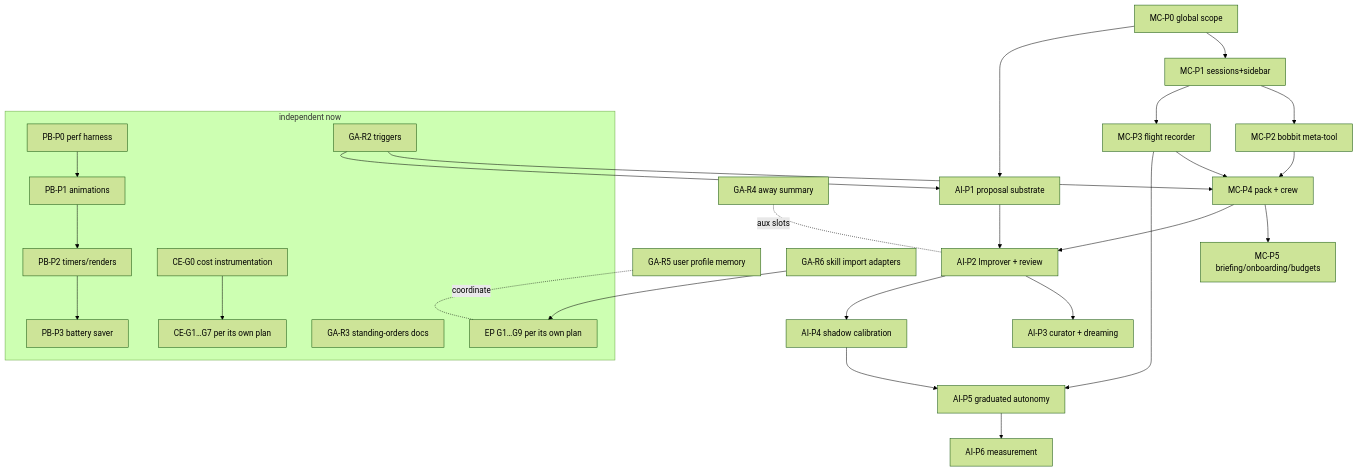
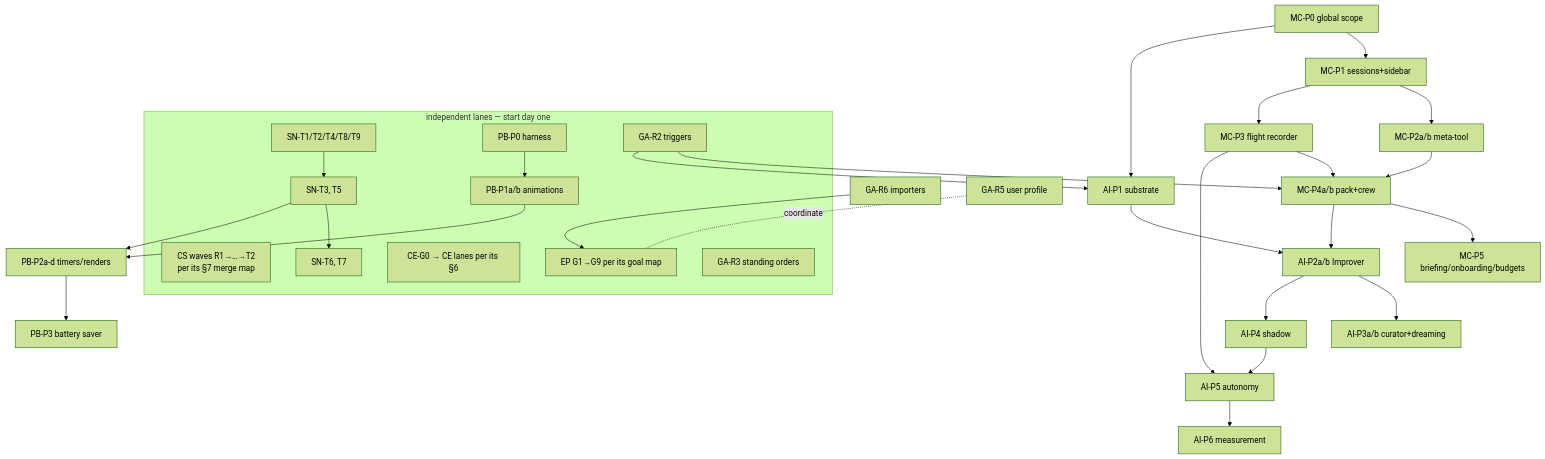
Before and after one commit to G-Research/bobbit: the diagram in docs/design/fable-program-execution-plan.md, drawn with Mermaid (forest theme). The commit also changed other lines of this file and 5 other files, not shown here.

````diff
--- a/docs/design/fable-program-execution-plan.md
+++ b/docs/design/fable-program-execution-plan.md
@@ -51,24 +59,23 @@
 ```mermaid
 graph TD
-    subgraph independent now
-        PB0[PB-P0 perf harness] --> PB1[PB-P1 animations] --> PB2[PB-P2 timers/renders] --> PB3[PB-P3 battery saver]
-        CE0[CE-G0 cost instrumentation] --> CErest[CE-G1…G7 per its own plan]
-        GA2[GA-R2 triggers] 
-        GA3[GA-R3 standing-orders docs]
-        EP[EP G1…G9 per its own plan]
+    subgraph "independent lanes — start day one"
+        CS[CS waves R1→…→T2<br/>per its §7 merge map]
+        SN1[SN-T1/T2/T4/T8/T9] --> SN2[SN-T3, T5] --> SN3[SN-T6, T7]
+        CE[CE-G0 → CE lanes per its §6]
+        EP[EP G1→G9 per its goal map]
+        PB0[PB-P0 harness] --> PB1[PB-P1a/b animations]
+        GA2[GA-R2 triggers]; GA3[GA-R3 standing orders]
     end
-    MC0[MC-P0 global scope] --> MC1[MC-P1 sessions+sidebar] --> MC2[MC-P2 bobbit meta-tool]
+    SN2 --> PB2[PB-P2a-d timers/renders] --> PB3[PB-P3 battery saver]
+    PB1 --> PB2
+    MC0[MC-P0 global scope] --> MC1[MC-P1 sessions+sidebar] --> MC2[MC-P2a/b meta-tool]
     MC1 --> MC3[MC-P3 flight recorder]
-    MC2 --> MC4[MC-P4 pack + crew]
-    MC3 --> MC4 --> MC5[MC-P5 briefing/onboarding/budgets]
-    GA2 --> MC4
-    MC0 --> AI1[AI-P1 proposal substrate]
-    GA2 --> AI1
-    AI1 --> AI2[AI-P2 Improver + review] --> AI3[AI-P3 curator + dreaming] 
-    MC3 --> AI5
-    AI2 --> AI4[AI-P4 shadow calibration] --> AI5[AI-P5 graduated autonomy] --> AI6[AI-P6 measurement]
-    MC4 --> AI2
-    GA4[GA-R4 away summary] -.aux slots.- AI2
-    GA5[GA-R5 user profile memory] -.coordinate.- EP
-    GA6[GA-R6 skill import adapters] --> EP
+    MC2 --> MC4[MC-P4a/b pack+crew]; MC3 --> MC4; GA2 --> MC4
+    MC4 --> MC5[MC-P5 briefing/onboarding/budgets]
+    MC0 --> AI1[AI-P1 substrate]; GA2 --> AI1
+    AI1 --> AI2[AI-P2a/b Improver] --> AI3[AI-P3a/b curator+dreaming]
+    MC4 --> AI2; MC3 --> AI5
+    AI2 --> AI4[AI-P4 shadow] --> AI5[AI-P5 autonomy] --> AI6[AI-P6 measurement]
+    GA6[GA-R6 importers] --> EP
+    GA5[GA-R5 user profile] -.coordinate.- EP
 ```
````
